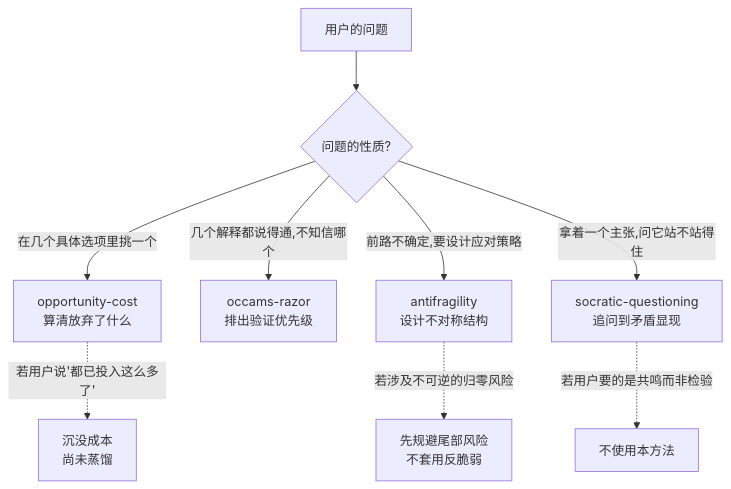
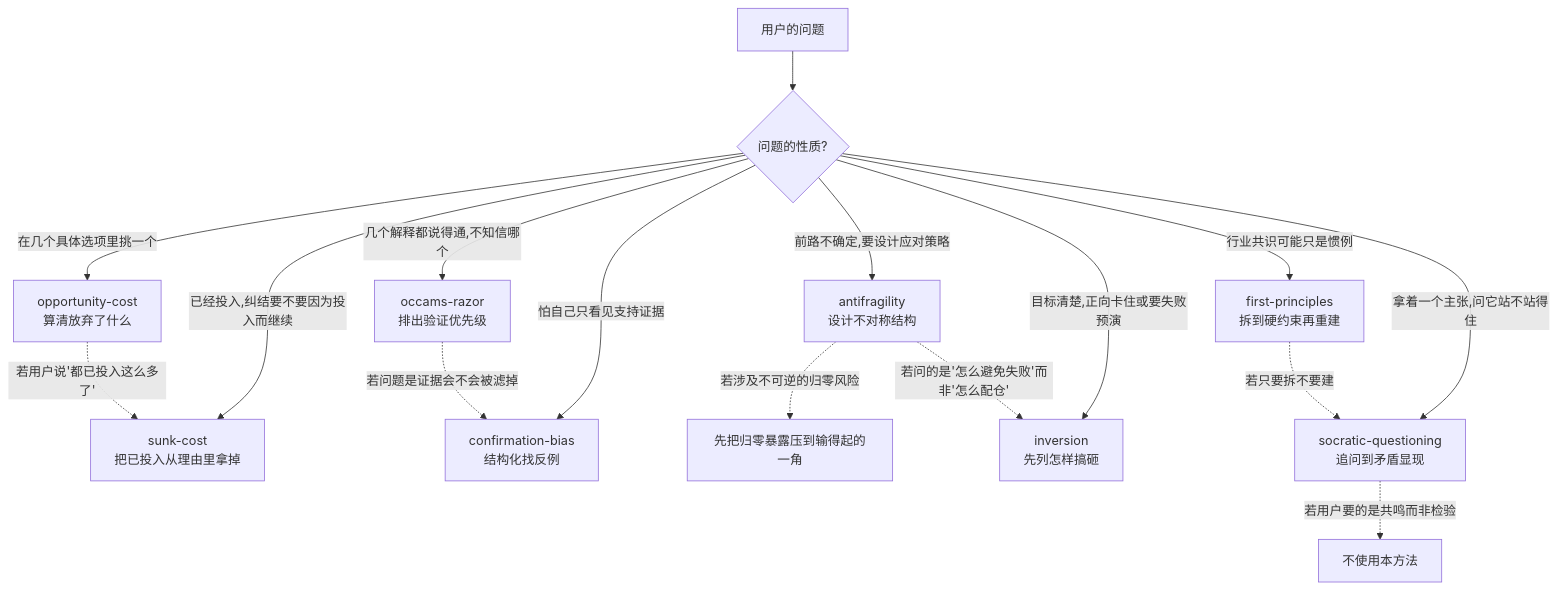
One commit to HuangChenning/modelosophy changed the diagram in skills/ThinkingModels/README.md. Above: the diagram before and after it, drawn with Mermaid. The commit also changed other lines of this file and 20 other files, not shown here.

````diff
--- a/skills/ThinkingModels/README.md
+++ b/skills/ThinkingModels/README.md
@@ -20,12 +24,19 @@
 ```mermaid
 graph TD
     A[用户的问题] --> B{问题的性质?}
     B -->|在几个具体选项里挑一个| C[opportunity-cost<br/>算清放弃了什么]
+    B -->|已经投入,纠结要不要因为投入而继续| S[sunk-cost<br/>把已投入从理由里拿掉]
     B -->|几个解释都说得通,不知信哪个| D[occams-razor<br/>排出验证优先级]
+    B -->|怕自己只看见支持证据| CB[confirmation-bias<br/>结构化找反例]
     B -->|前路不确定,要设计应对策略| E[antifragility<br/>设计不对称结构]
+    B -->|目标清楚,正向卡住或要失败预演| INV[inversion<br/>先列怎样搞砸]
+    B -->|行业共识可能只是惯例| FP[first-principles<br/>拆到硬约束再重建]
     B -->|拿着一个主张,问它站不站得住| H[socratic-questioning<br/>追问到矛盾显现]
 
-    C -.->|若用户说'都已投入这么多了'| F[沉没成本<br/>尚未蒸馏]
-    E -.->|若涉及不可逆的归零风险| G[先规避尾部风险<br/>不套用反脆弱]
+    C -.->|若用户说'都已投入这么多了'| S
+    E -.->|若涉及不可逆的归零风险| G[先把归零暴露压到输得起的一角]
+    E -.->|若问的是'怎么避免失败'而非'怎么配仓'| INV
     H -.->|若用户要的是共鸣而非检验| I[不使用本方法]
+    D -.->|若问题是证据会不会被滤掉| CB
+    FP -.->|若只要拆不要建| H
 ```
````
